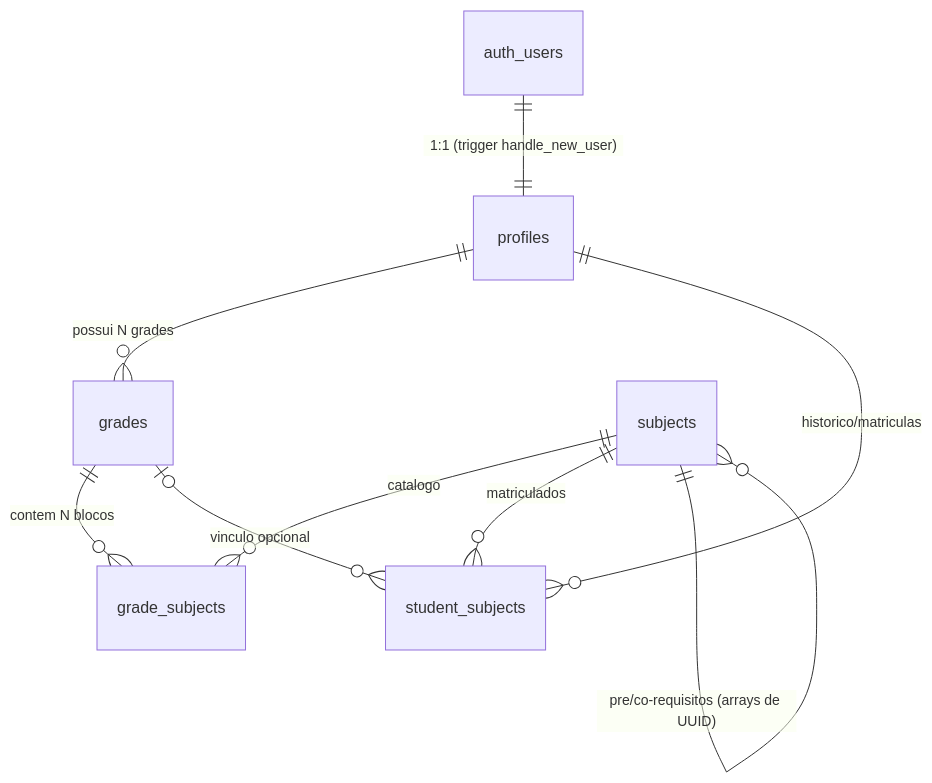
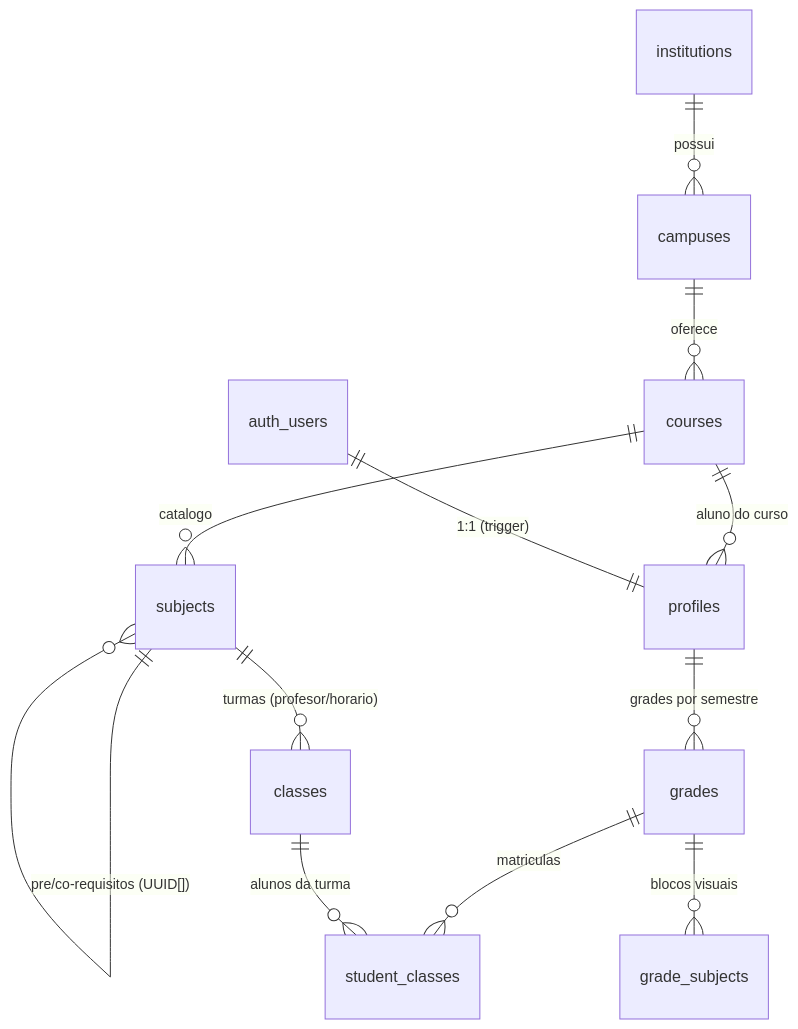
The diagram in docs/DB_SCHEMA.md (Titanio112/Grade_Horaria), drawn with Mermaid before and after one commit. The commit also changed other lines of this file and 8 other files, not shown here.

Commit message:
feat: remodelagem v2 (hierarquia+classes+student_classes) com trigger de pre-requisitos testado 10/10; remove import/export JSON

````diff
--- a/docs/DB_SCHEMA.md
+++ b/docs/DB_SCHEMA.md
@@ -10,11 +11,14 @@
 ```mermaid
 erDiagram
-    auth_users ||--|| profiles : "1:1 (trigger handle_new_user)"
-    profiles ||--o{ grades : "possui N grades"
-    grades ||--o{ grade_subjects : "contem N blocos"
-    subjects ||--o{ grade_subjects : "catalogo"
-    profiles ||--o{ student_subjects : "historico/matriculas"
-    subjects ||--o{ student_subjects : "matriculados"
-    grades |o--o{ student_subjects : "vinculo opcional"
-    subjects ||--o{ subjects : "pre/co-requisitos (arrays de UUID)"
+    institutions ||--o{ campuses : "possui"
+    campuses ||--o{ courses : "oferece"
+    courses ||--o{ subjects : "catalogo"
+    subjects ||--o{ classes : "turmas (profesor/horario)"
+    subjects ||--o{ subjects : "pre/co-requisitos (UUID[])"
+    courses ||--o{ profiles : "aluno do curso"
+    auth_users ||--|| profiles : "1:1 (trigger)"
+    profiles ||--o{ grades : "grades por semestre"
+    grades ||--o{ grade_subjects : "blocos visuais"
+    grades ||--o{ student_classes : "matriculas"
+    classes ||--o{ student_classes : "alunos da turma"
 ```
````
